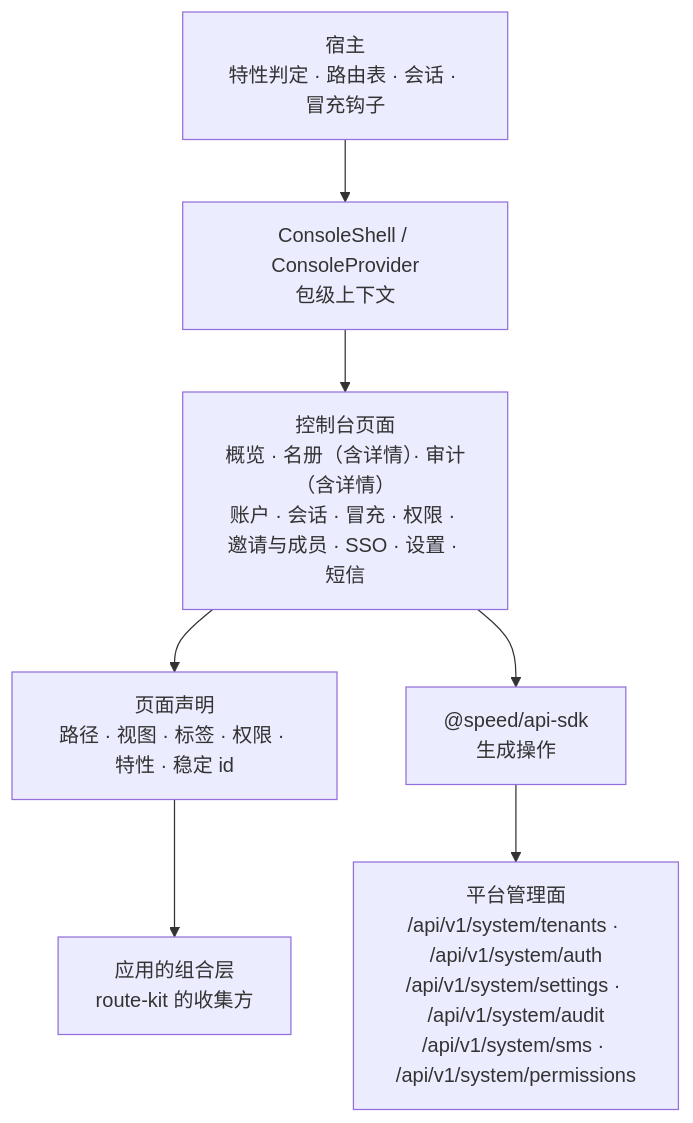
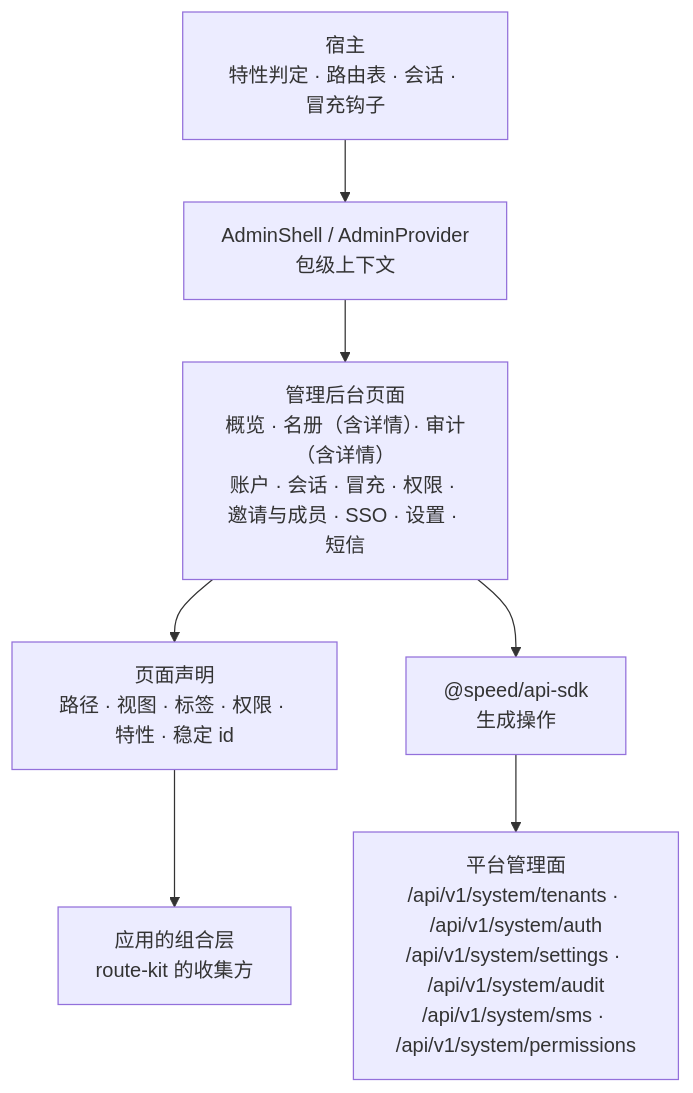
The diagram in docs/design/modules/web/design-web-admin-ui.md (wangzw/speed), drawn with Mermaid before and after one commit. The commit also changed other lines of this file and 43 other files, not shown here.

````diff
--- a/docs/design/modules/web/design-web-admin-ui.md
+++ b/docs/design/modules/web/design-web-admin-ui.md
@@ -262,16 +262,16 @@
 ```mermaid
 graph TD
-    pages["控制台页面\n概览 · 名册（含详情）· 审计（含详情）\n账户 · 会话 · 冒充 · 权限 · 邀请与成员 · SSO · 设置 · 短信"]
+    pages["管理后台页面\n概览 · 名册（含详情）· 审计（含详情）\n账户 · 会话 · 冒充 · 权限 · 邀请与成员 · SSO · 设置 · 短信"]
     decl["页面声明\n路径 · 视图 · 标签 · 权限 · 特性 · 稳定 id"]
     collect["应用的组合层\nroute-kit 的收集方"]
     host["宿主\n特性判定 · 路由表 · 会话 · 冒充钩子"]
-    frame["ConsoleShell / ConsoleProvider\n包级上下文"]
+    frame["AdminShell / AdminProvider\n包级上下文"]
     api["@speed/api-sdk\n生成操作"]
     platform["平台管理面\n/api/v1/system/tenants · /api/v1/system/auth\n/api/v1/system/settings · /api/v1/system/audit\n/api/v1/system/sms · /api/v1/system/permissions"]
     pages --> decl
     decl --> collect
     host --> frame
     frame --> pages
     pages --> api
     api --> platform
 ```
````
